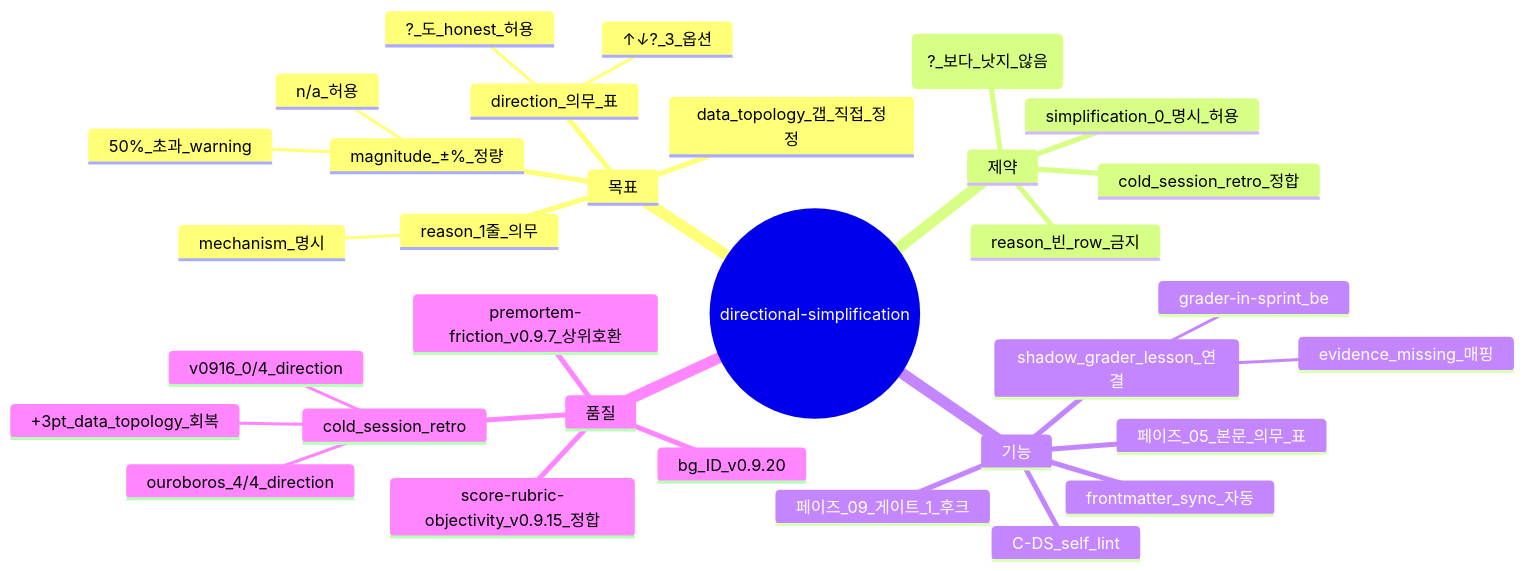
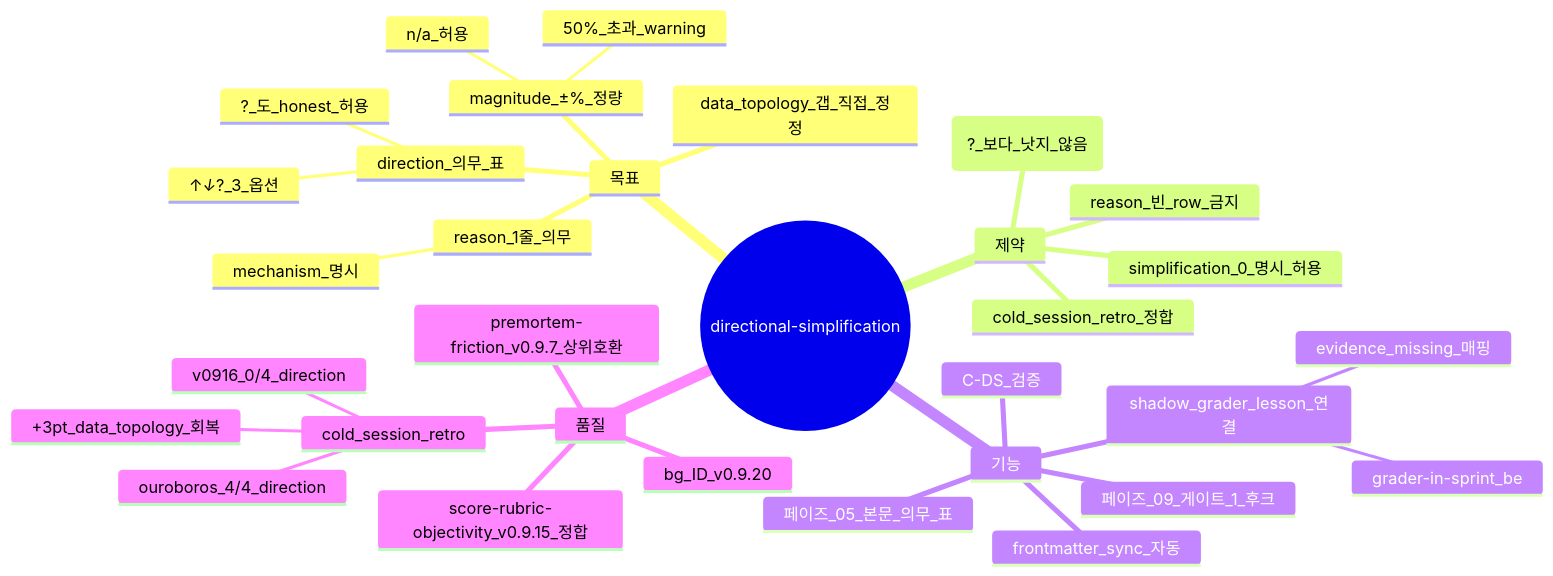
One commit to whyjp/ShipofTheseus changed the diagram in skills/theseus-harness/conventions/directional-simplification.md. Above: the diagram before and after it, drawn with Mermaid. The commit also changed other lines of this file and 43 other files, not shown here.

First line of the commit message:
refactor(b3c): 가짜 self_lint 귀속 51개 정리 — 선언≠구현(P2) 잔재 제거

````diff
--- a/skills/theseus-harness/conventions/directional-simplification.md
+++ b/skills/theseus-harness/conventions/directional-simplification.md
@@ -121,35 +121,35 @@
 ```mermaid
 mindmap
   root((directional-simplification))
     목표
       direction_의무_표
         ↑_↓_?_3_옵션
         ?_도_honest_허용
       magnitude_±%_정량
         n/a_허용
         50%_초과_warning
       reason_1줄_의무
         mechanism_명시
       data_topology_갭_직접_정정
     제약
       simplification_0_명시_허용
       정량_n/a_허용_(?_보다_낫지_않음)
       reason_빈_row_금지
       cold_session_retro_정합
     기능
-      C-DS_self_lint
+      C-DS_검증
       페이즈_05_본문_의무_표
       frontmatter_sync_자동
       페이즈_09_게이트_1_후크
       shadow_grader_lesson_연결
         grader-in-sprint_be
         evidence_missing_매핑
     품질
       cold_session_retro
         ouroboros_4/4_direction
         v0916_0/4_direction
         +3pt_data_topology_회복
       premortem-friction_v0.9.7_상위호환
       score-rubric-objectivity_v0.9.15_정합
       bg_ID_v0.9.20
 ```
````
